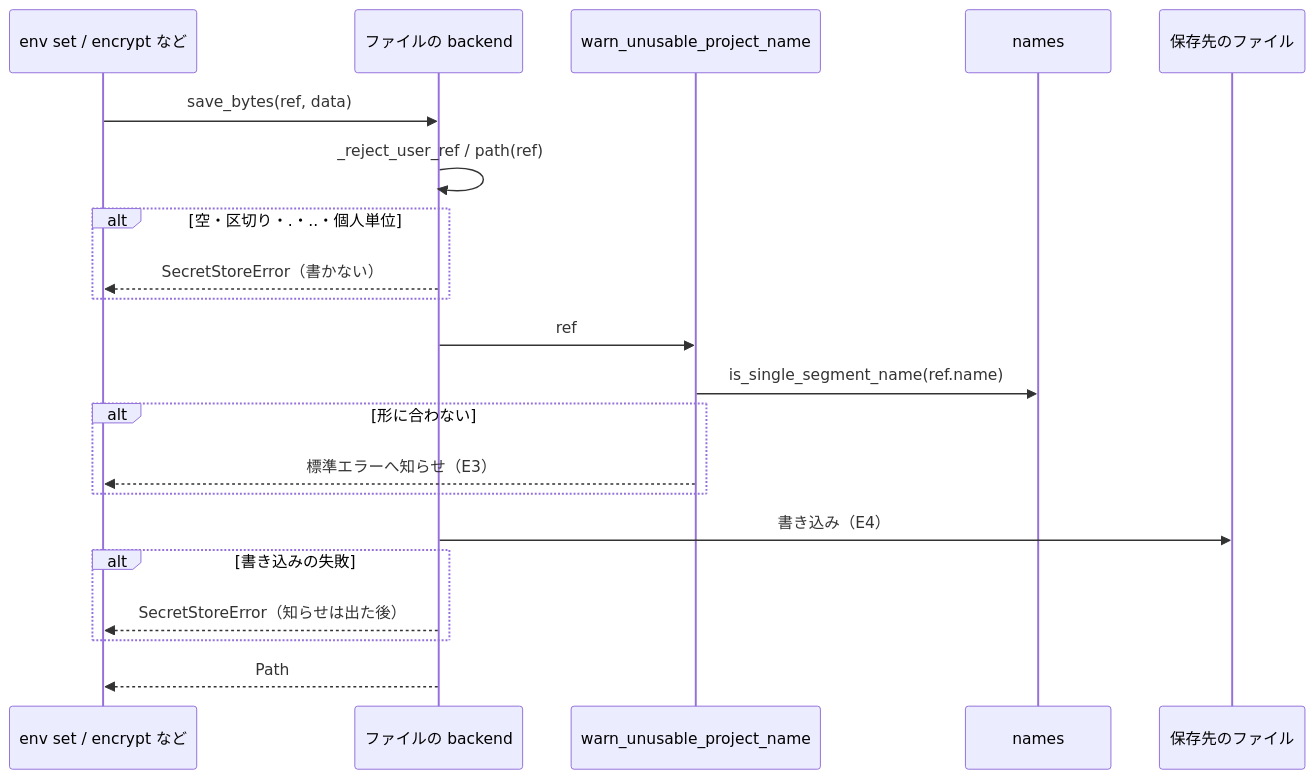
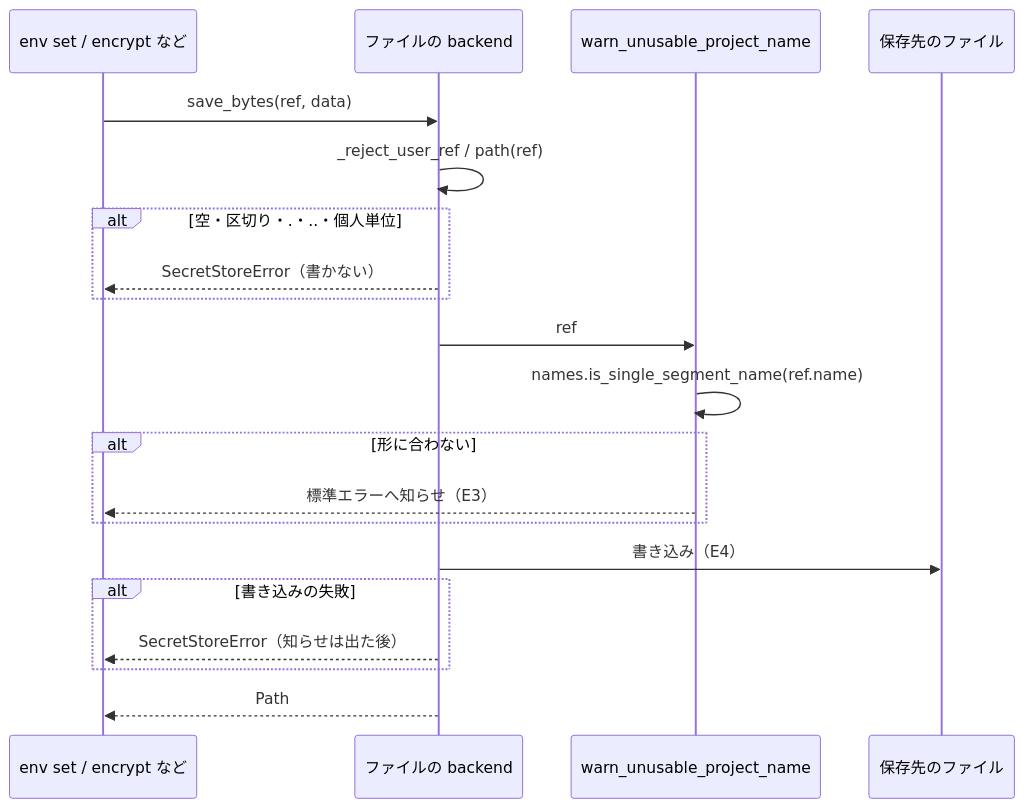
Before and after one commit to devbasex/devbase: the sixth of 6 diagrams in issues/issue-276-design.md, drawn with Mermaid. The commit also changed other lines of this file, not shown here.

Commit message:
docs: #276 の設計の長い文を分け、図を横幅の上限に収める

````diff
--- a/issues/issue-276-design.md
+++ b/issues/issue-276-design.md
@@ -334,23 +318,22 @@
 ```mermaid
 sequenceDiagram
     participant C as env set / encrypt など
     participant B as ファイルの backend
     participant W as warn_unusable_project_name
-    participant N as names
     participant F as 保存先のファイル
     C->>B: save_bytes(ref, data)
     B->>B: _reject_user_ref / path(ref)
     alt 空・区切り・.・..・個人単位
         B-->>C: SecretStoreError（書かない）
     end
     B->>W: ref
-    W->>N: is_single_segment_name(ref.name)
+    W->>W: names.is_single_segment_name(ref.name)
     alt 形に合わない
         W-->>C: 標準エラーへ知らせ（E3）
     end
     B->>F: 書き込み（E4）
     alt 書き込みの失敗
         B-->>C: SecretStoreError（知らせは出た後）
     end
     B-->>C: Path
 ```
````
